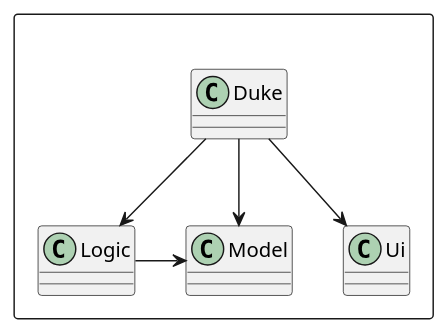
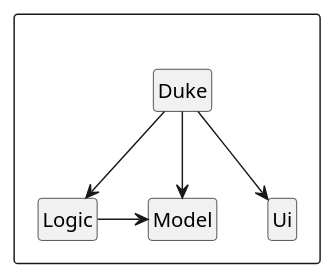
The diagram in docs/diagrams/ArchitectureDiagram.puml (sevenseasofbri/tp), drawn with PlantUML before and after one commit. The commit also changed 18 other files, not shown here.

Commit message:
Update UML diagrams

```diff
--- a/docs/diagrams/ArchitectureDiagram.puml
+++ b/docs/diagrams/ArchitectureDiagram.puml
@@ -1,16 +1,19 @@
 @startuml
+
+hide circle
+hide members
 
 Package " "<<Rectangle>>{
     Class Ui
     Class Logic
     Class Model
     Class Duke 
 }
 
 Duke --> Ui
 Duke --> Logic
 Duke --> Model
 Logic -r-> Model
 
 
 @enduml
```
